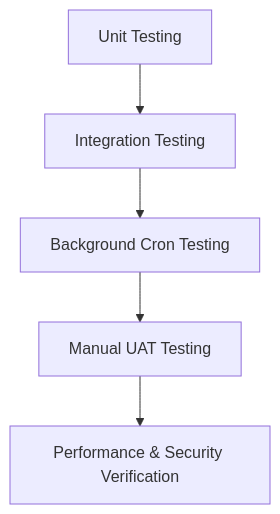
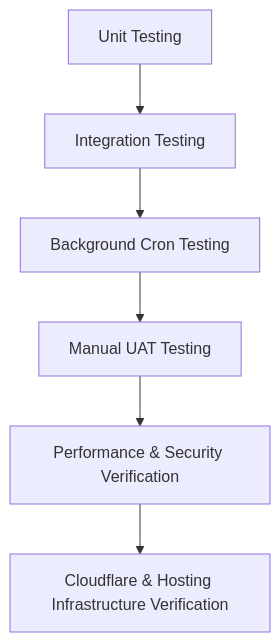
Before and after one commit to Agent-X237/e22-co2060-Project-KNOT: the first of 2 diagrams in docs/TESTING_AND_VALIDATION.md, drawn with Mermaid. The commit also changed other lines of this file and 10 other files, not shown here.

````diff
--- a/docs/TESTING_AND_VALIDATION.md
+++ b/docs/TESTING_AND_VALIDATION.md
@@ -24,7 +29,8 @@
 ```mermaid
 graph TD
     Sub1[Unit Testing] --> Sub2[Integration Testing]
     Sub2 --> Sub3[Background Cron Testing]
     Sub3 --> Sub4[Manual UAT Testing]
     Sub4 --> Sub5[Performance & Security Verification]
+    Sub5 --> Sub6[Cloudflare & Hosting Infrastructure Verification]
 ```
````
